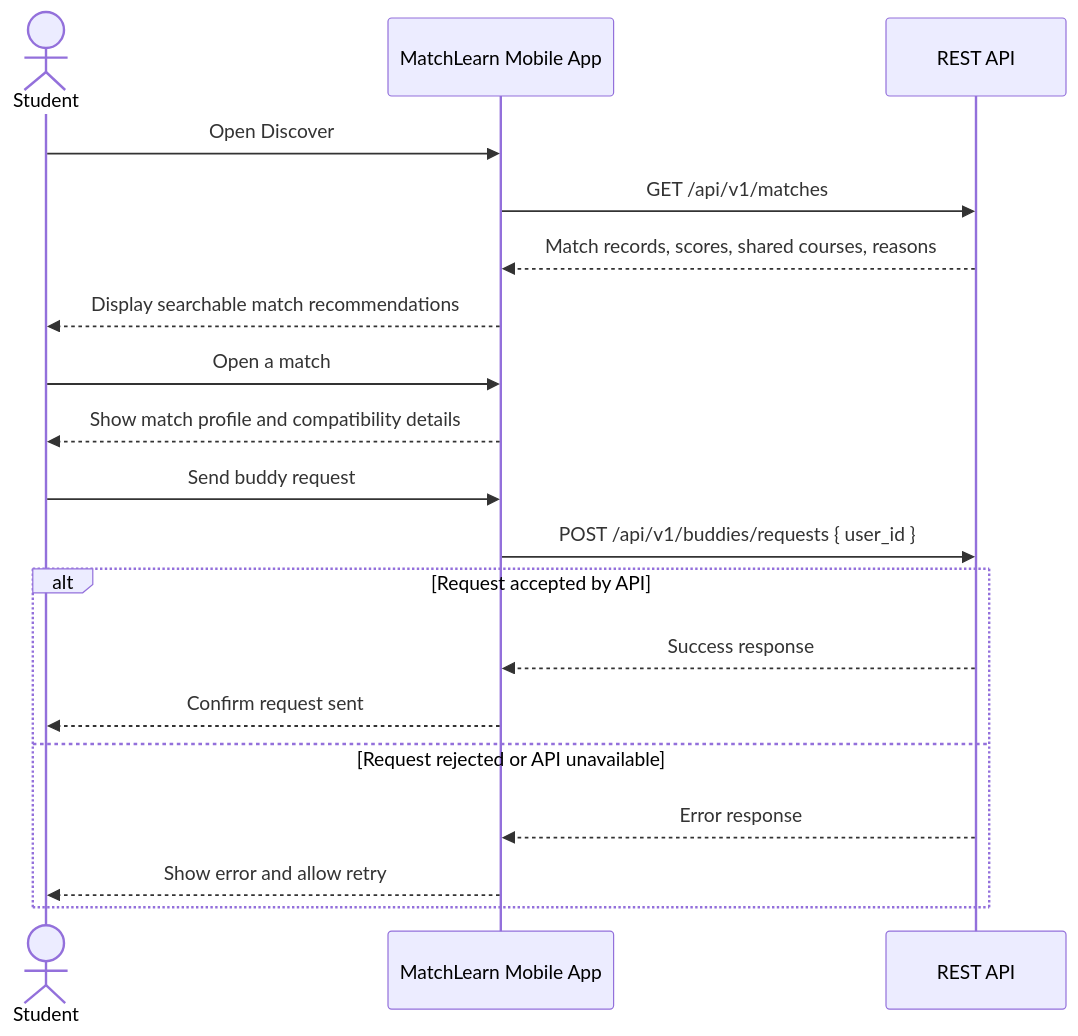
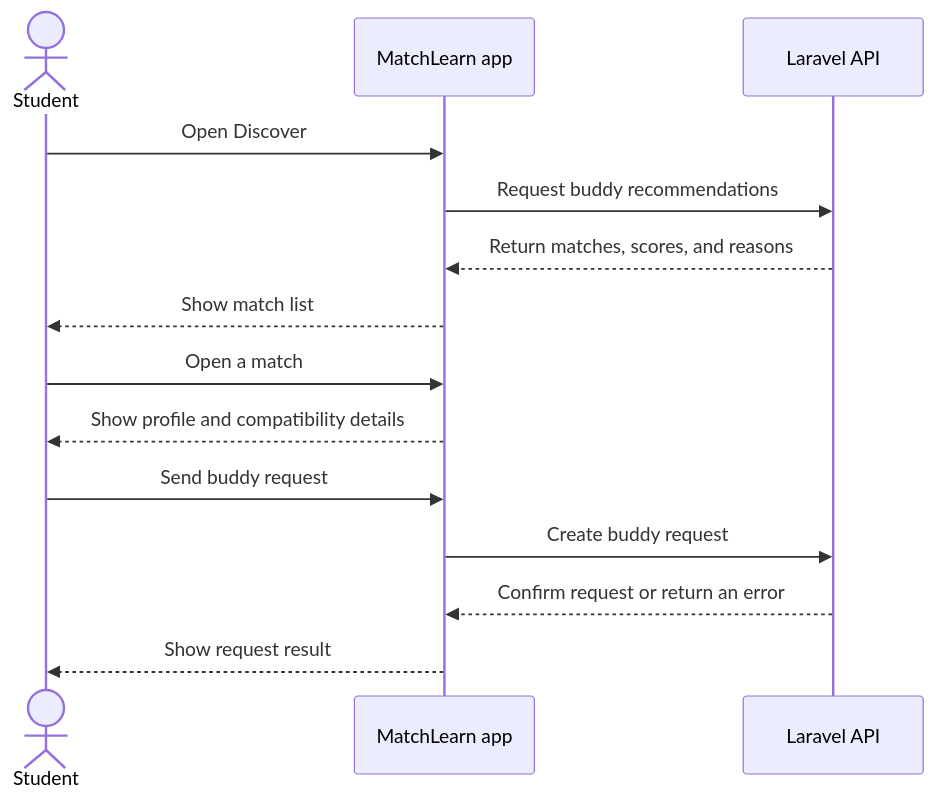
The fifth of 10 diagrams in MatchLearn_Mermaid_Diagrams.md (eescatin-ui/MatchLearn), drawn with Mermaid before and after one commit. The commit also changed other lines of this file and 20 other files, not shown here.

````diff
--- a/MatchLearn_Mermaid_Diagrams.md
+++ b/MatchLearn_Mermaid_Diagrams.md
@@ -206,22 +192,18 @@
 ```mermaid
 sequenceDiagram
     actor Student
-    participant App as MatchLearn Mobile App
-    participant API as REST API
+    participant App as MatchLearn app
+    participant API as Laravel API
 
     Student->>App: Open Discover
-    App->>API: GET /api/v1/matches
-    API-->>App: Match records, scores, shared courses, reasons
-    App-->>Student: Display searchable match recommendations
+    App->>API: Request buddy recommendations
+    API-->>App: Return matches, scores, and reasons
+    App-->>Student: Show match list
+
     Student->>App: Open a match
-    App-->>Student: Show match profile and compatibility details
+    App-->>Student: Show profile and compatibility details
     Student->>App: Send buddy request
-    App->>API: POST /api/v1/buddies/requests { user_id }
-    alt Request accepted by API
-        API-->>App: Success response
-        App-->>Student: Confirm request sent
-    else Request rejected or API unavailable
-        API-->>App: Error response
-        App-->>Student: Show error and allow retry
-    end
+    App->>API: Create buddy request
+    API-->>App: Confirm request or return an error
+    App-->>Student: Show request result
 ```
````
